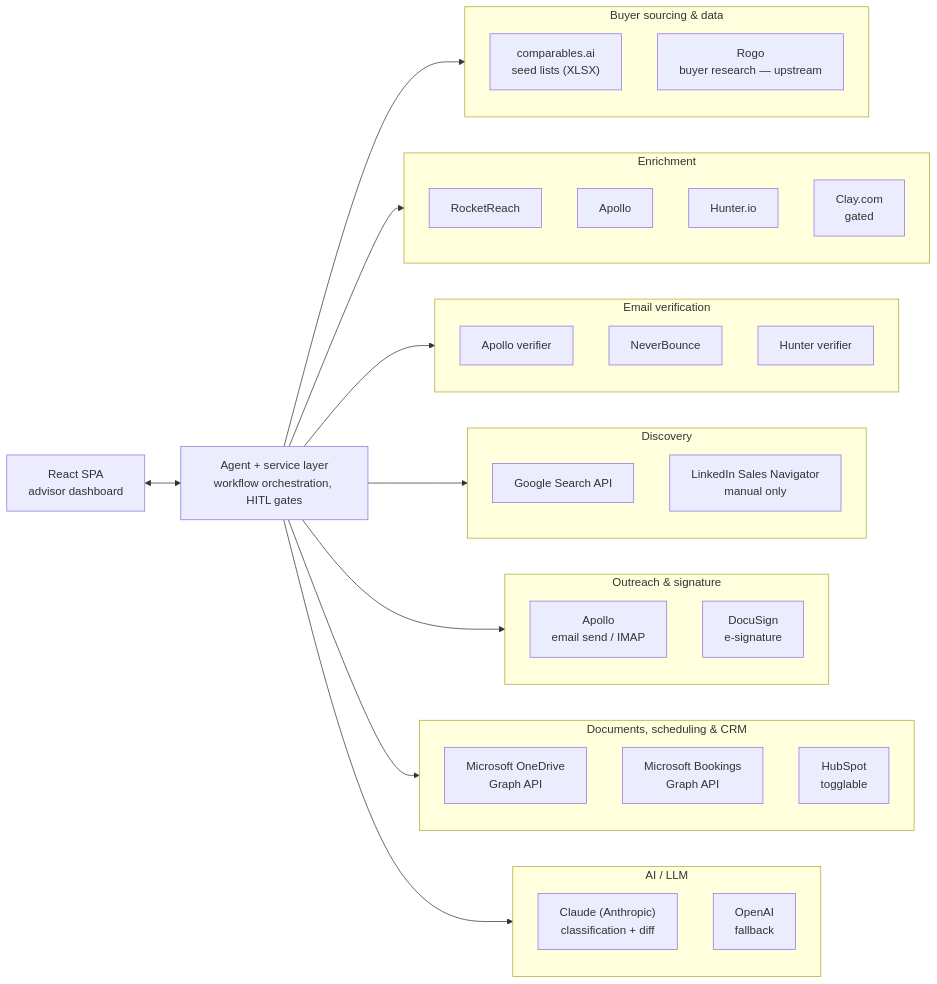
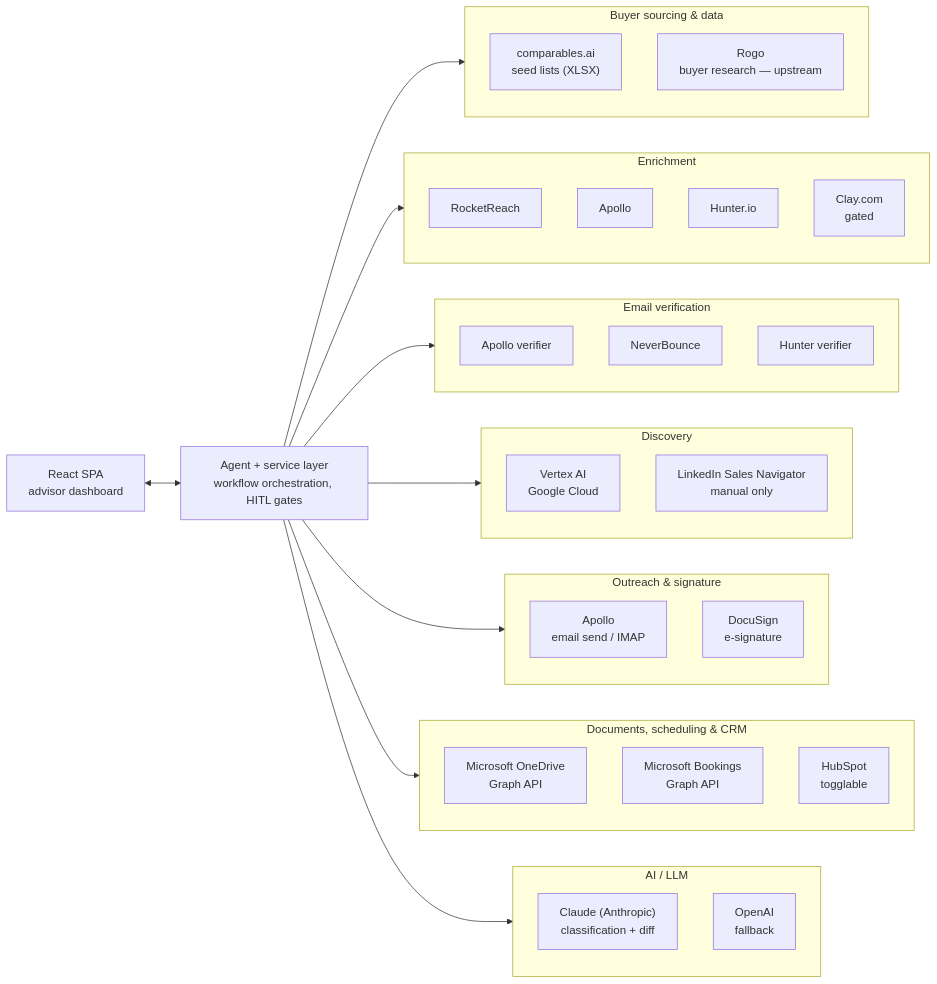
The third of 5 diagrams in README.md (cintelis/buyer-outreach), drawn with Mermaid before and after one commit. The commit also changed other lines of this file, not shown here.

Commit message:
Replace deprecated Google Search API with Vertex AI for discovery
Vertex AI (Google Cloud) provides grounded web search for LinkedIn URL discovery, superseding the soon-to-be-deprecated Google Search API. Updated the integration map and table accordingly.

````diff
--- a/README.md
+++ b/README.md
@@ -100,45 +100,45 @@
 ```mermaid
 flowchart LR
     UI["React SPA<br/>advisor dashboard"] <--> AGENT["Agent + service layer<br/>workflow orchestration, HITL gates"]
 
     subgraph SRC["Buyer sourcing &amp; data"]
         CMP["comparables.ai<br/>seed lists (XLSX)"]
         ROGO["Rogo<br/>buyer research — upstream"]
     end
     subgraph ENR["Enrichment"]
         RR["RocketReach"]
         AP["Apollo"]
         HU["Hunter.io"]
         CLAY["Clay.com<br/>gated"]
     end
     subgraph VER["Email verification"]
         AV["Apollo verifier"]
         NB["NeverBounce"]
         HV["Hunter verifier"]
     end
     subgraph DISC["Discovery"]
-        GS["Google Search API"]
+        GS["Vertex AI<br/>Google Cloud"]
         LI["LinkedIn Sales Navigator<br/>manual only"]
     end
     subgraph OUT["Outreach &amp; signature"]
         APS["Apollo<br/>email send / IMAP"]
         DS["DocuSign<br/>e-signature"]
     end
     subgraph MS["Documents, scheduling &amp; CRM"]
         OD["Microsoft OneDrive<br/>Graph API"]
         BK["Microsoft Bookings<br/>Graph API"]
         HS["HubSpot<br/>togglable"]
     end
     subgraph AI["AI / LLM"]
         CL["Claude (Anthropic)<br/>classification + diff"]
         OAI["OpenAI<br/>fallback"]
     end
 
     AGENT --> SRC
     AGENT --> ENR
     AGENT --> VER
     AGENT --> DISC
     AGENT --> OUT
     AGENT --> MS
     AGENT --> AI
 ```
````
